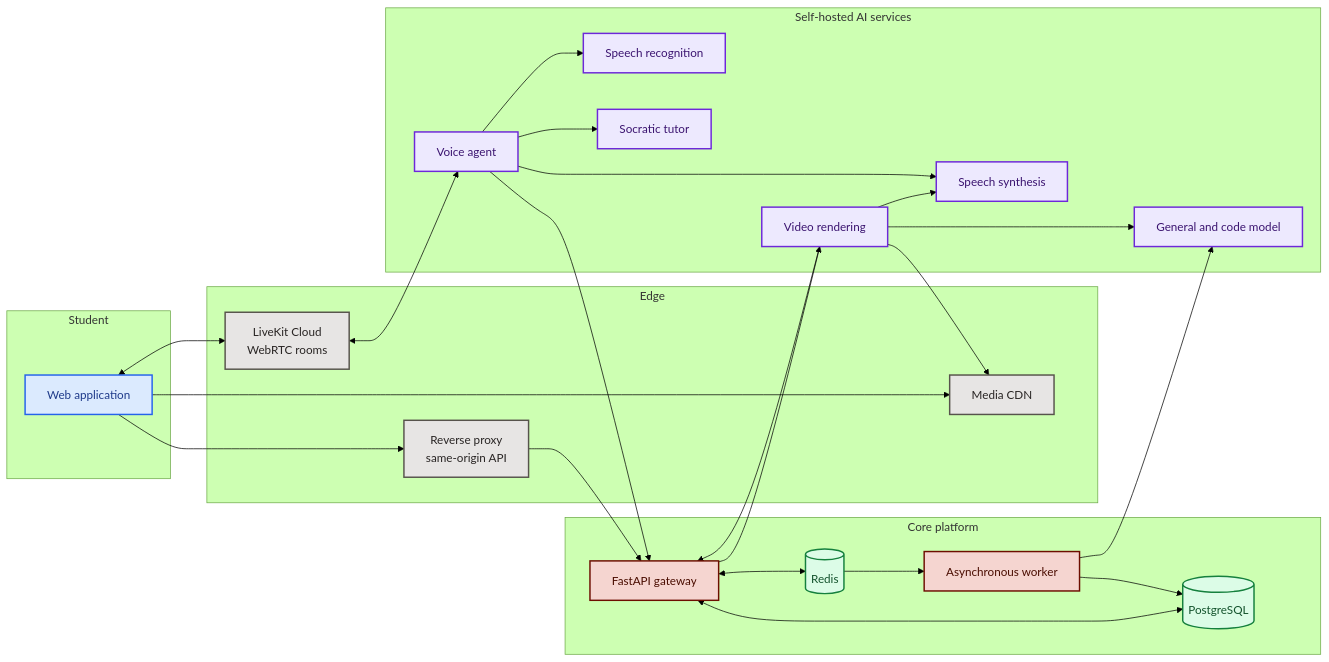
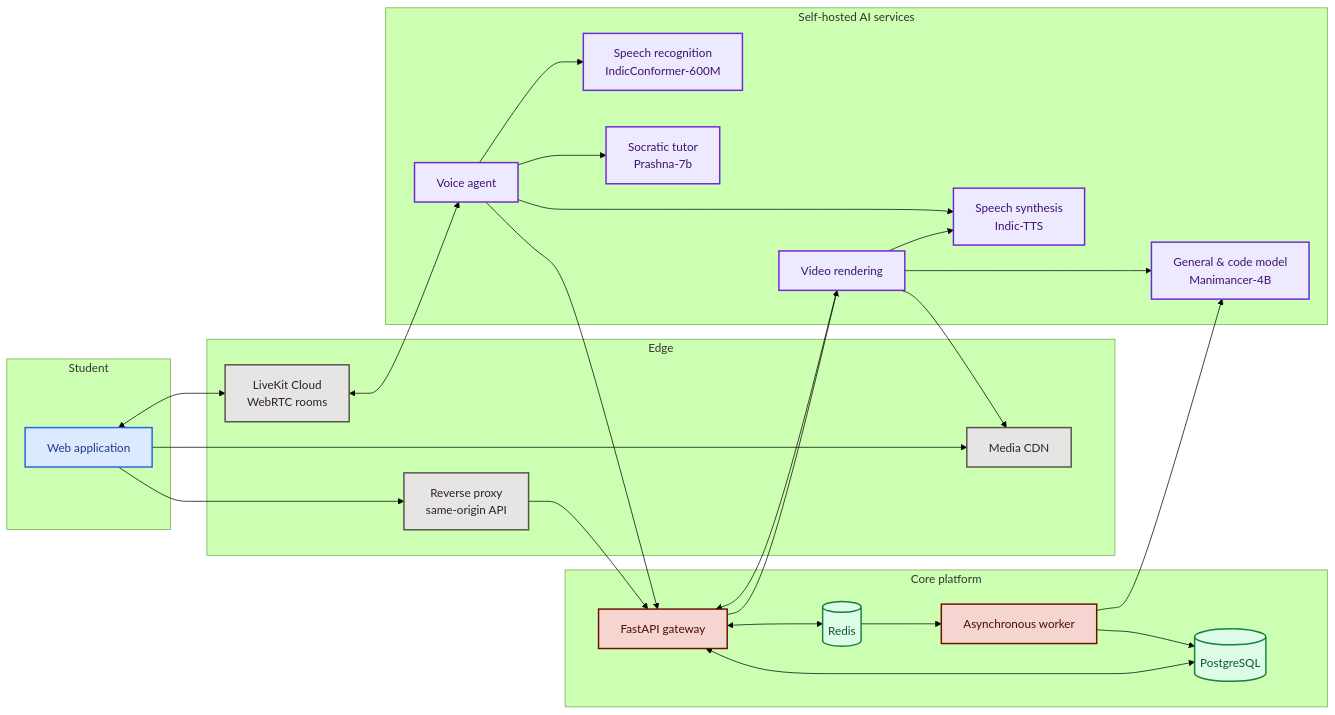
One commit to Divy13ansh/Akara changed the second of 5 diagrams in README.md. Above: the diagram before and after it, drawn with Mermaid (forest theme). The commit also changed other lines of this file, not shown here.

````diff
--- a/README.md
+++ b/README.md
@@ -346,62 +359,62 @@
 ```mermaid
 flowchart LR
     subgraph CLIENT["Student"]
         WEB["Web application"]
     end
 
     subgraph EDGE["Edge"]
         NGINX["Reverse proxy<br/>same-origin API"]
         CDN["Media CDN"]
         LK["LiveKit Cloud<br/>WebRTC rooms"]
     end
 
     subgraph CORE["Core platform"]
         API["FastAPI gateway"]
         WRK["Asynchronous worker"]
         PG[("PostgreSQL")]
         RD[("Redis")]
     end
 
     subgraph AI["Self-hosted AI services"]
         VIDEO["Video rendering"]
         VOICE["Voice agent"]
-        STT["Speech recognition"]
-        TTS["Speech synthesis"]
-        LLM1["General and code model"]
-        LLM2["Socratic tutor"]
+        STT["Speech recognition<br/>IndicConformer-600M"]
+        TTS["Speech synthesis<br/>Indic-TTS"]
+        LLM1["General & code model<br/>Manimancer-4B"]
+        LLM2["Socratic tutor<br/>Prashna-7b"]
     end
 
     WEB --> NGINX
     NGINX --> API
     WEB --> CDN
     WEB <--> LK
 
     API <--> PG
     API <--> RD
     API --> VIDEO
     RD --> WRK
     WRK --> PG
     WRK --> LLM1
 
     VIDEO --> LLM1
     VIDEO --> TTS
     VIDEO --> CDN
     VIDEO --> API
 
     LK <--> VOICE
     VOICE --> STT
     VOICE --> LLM2
     VOICE --> TTS
     VOICE --> API
 
     classDef client fill:#DBEAFE,stroke:#2563EB,stroke-width:2px,color:#1E3A8A
     classDef edge fill:#E7E5E4,stroke:#57534C,stroke-width:2px,color:#292524
     classDef core fill:#F5D5D0,stroke:#6D0E00,stroke-width:2px,color:#4A0D00
     classDef data fill:#DCFCE7,stroke:#15803D,stroke-width:2px,color:#14532D
     classDef ai fill:#EDE9FE,stroke:#6D28D9,stroke-width:2px,color:#3B1470
     class WEB client
     class NGINX,CDN,LK edge
     class API,WRK core
     class PG,RD data
     class VIDEO,VOICE,STT,TTS,LLM1,LLM2 ai
 ```
````
